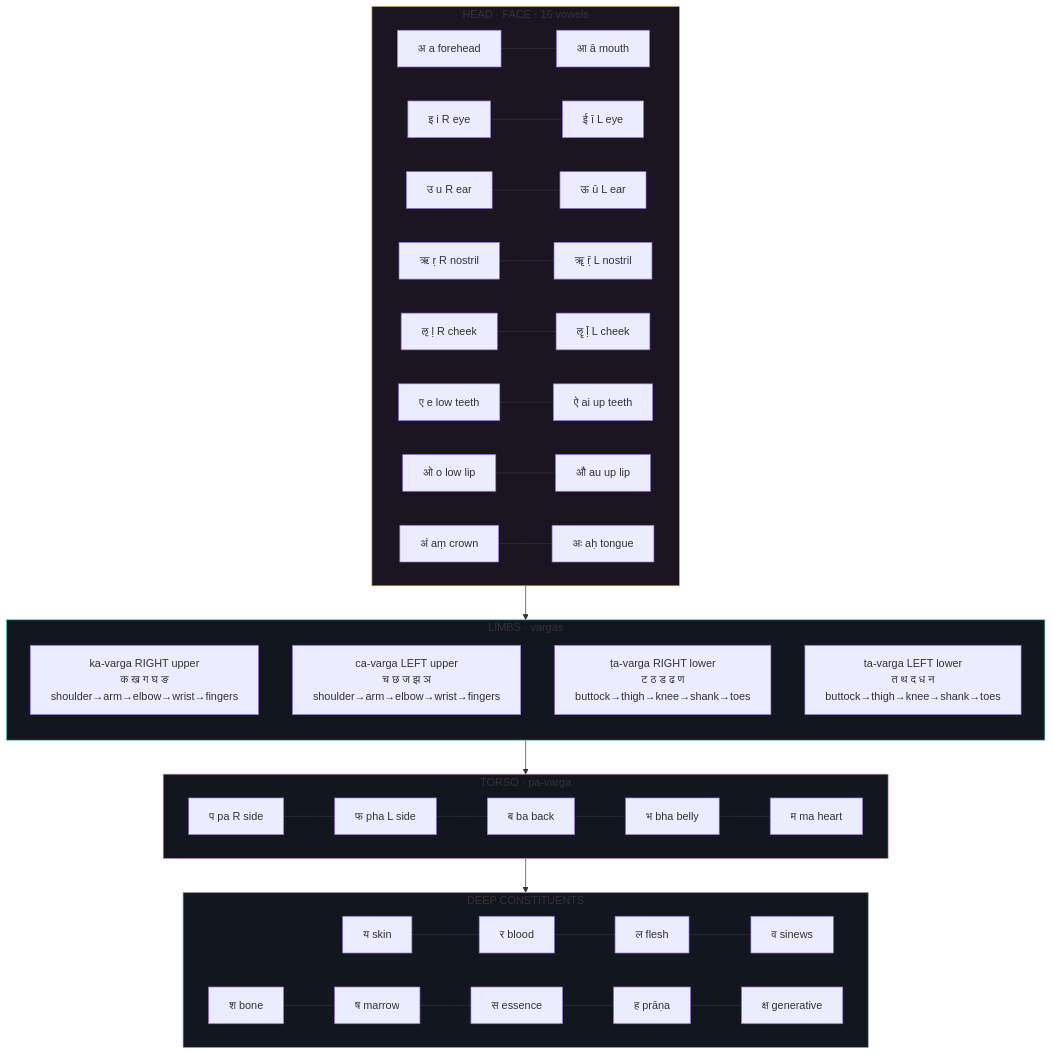
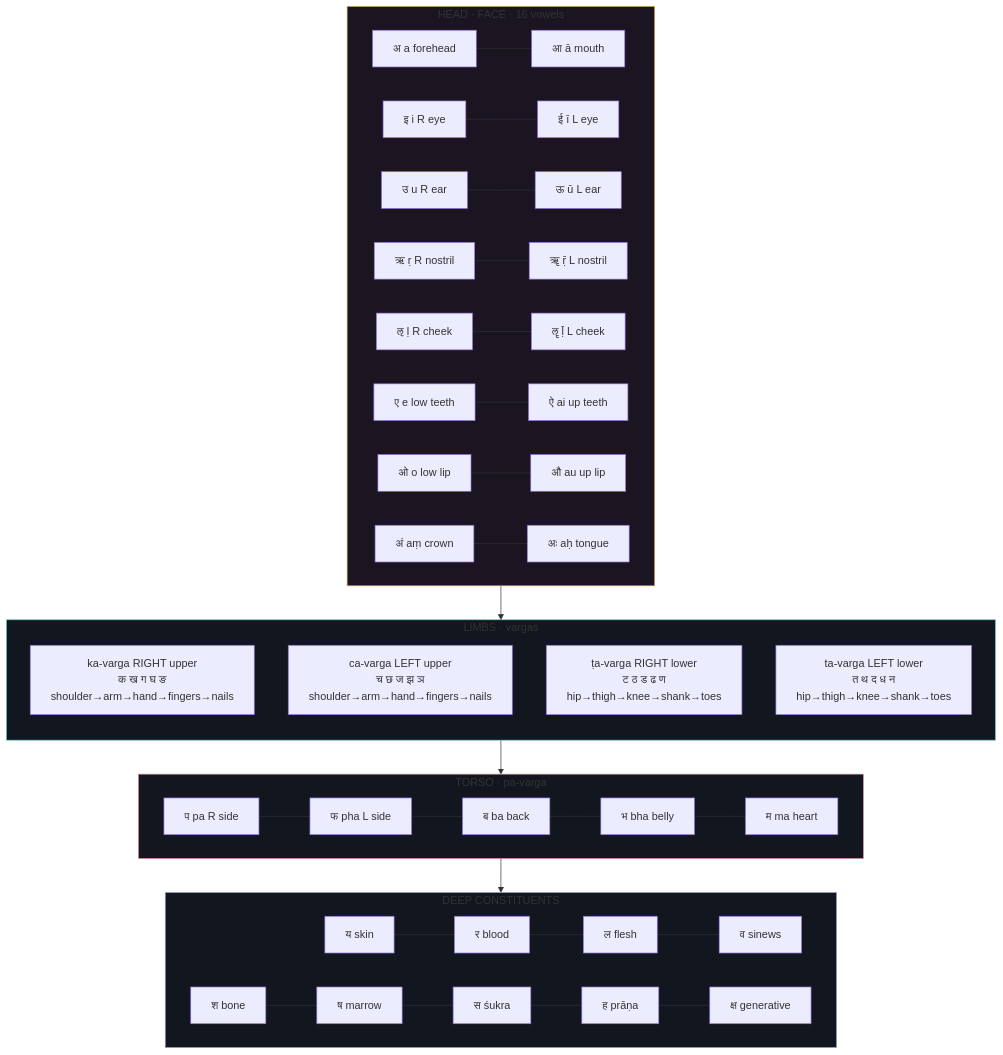
One commit to prx0r/sanskrithelp changed the first of 4 diagrams in public/memory/data/PHONEME_MAPS.md. Above: the diagram before and after it, drawn with Mermaid. The commit also changed 9 other files, not shown here.

````diff
--- a/public/memory/data/PHONEME_MAPS.md
+++ b/public/memory/data/PHONEME_MAPS.md
@@ -13,35 +13,35 @@
 ```mermaid
 flowchart TB
   subgraph HEAD["HEAD · FACE · 16 vowels"]
     direction LR
     a["अ a forehead"] --- ā["आ ā mouth"]
     i["इ i R eye"] --- ī["ई ī L eye"]
     u["उ u R ear"] --- ū["ऊ ū L ear"]
     ṛ["ऋ ṛ R nostril"] --- ṝ["ॠ ṝ L nostril"]
     ḷ["ऌ ḷ R cheek"] --- ḹ["ॡ ḹ L cheek"]
     e["ए e low teeth"] --- ai["ऐ ai up teeth"]
     o["ओ o low lip"] --- au["औ au up lip"]
     aṃ["अं aṃ crown"] --- aḥ["अः aḥ tongue"]
   end
   subgraph LIMBS["LIMBS · vargas"]
     direction TB
-    KA["ka-varga RIGHT upper<br/>क ख ग घ ङ<br/>shoulder→arm→elbow→wrist→fingers"]
-    CA["ca-varga LEFT upper<br/>च छ ज झ ञ<br/>shoulder→arm→elbow→wrist→fingers"]
-    TA["ṭa-varga RIGHT lower<br/>ट ठ ड ढ ण<br/>buttock→thigh→knee→shank→toes"]
-    TN["ta-varga LEFT lower<br/>त थ द ध न<br/>buttock→thigh→knee→shank→toes"]
+    KA["ka-varga RIGHT upper<br/>क ख ग घ ङ<br/>shoulder→arm→hand→fingers→nails"]
+    CA["ca-varga LEFT upper<br/>च छ ज झ ञ<br/>shoulder→arm→hand→fingers→nails"]
+    TA["ṭa-varga RIGHT lower<br/>ट ठ ड ढ ण<br/>hip→thigh→knee→shank→toes"]
+    TN["ta-varga LEFT lower<br/>त थ द ध न<br/>hip→thigh→knee→shank→toes"]
   end
   subgraph TORSO["TORSO · pa-varga"]
     direction LR
     pa["प pa R side"] --- pha["फ pha L side"] --- ba["ब ba back"] --- bha["भ bha belly"] --- ma["म ma heart"]
   end
   subgraph DEEP["DEEP CONSTITUENTS"]
     direction LR
     ya["य skin"] --- ra["र blood"] --- la["ल flesh"] --- va["व sinews"]
-    śa["श bone"] --- ṣa["ष marrow"] --- sa["स essence"] --- ha["ह prāṇa"] --- kṣa["क्ष generative"]
+    śa["श bone"] --- ṣa["ष marrow"] --- sa["स śukra"] --- ha["ह prāṇa"] --- kṣa["क्ष generative"]
   end
   HEAD --> LIMBS --> TORSO --> DEEP
   style HEAD fill:#1a1520,stroke:#c9a45c
   style LIMBS fill:#12161f,stroke:#5ec4b6
   style TORSO fill:#12161f,stroke:#d4899a
   style DEEP fill:#12161f,stroke:#9aa3b5
 ```
````
